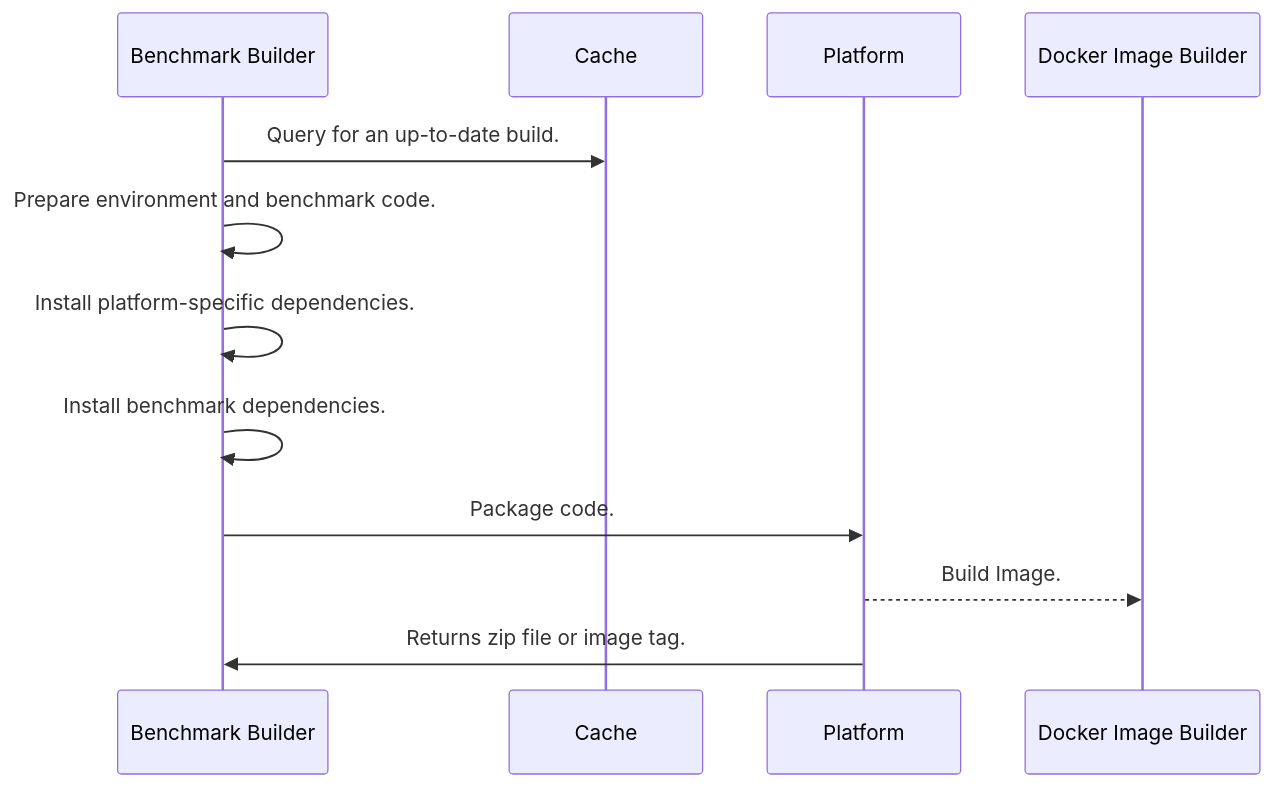
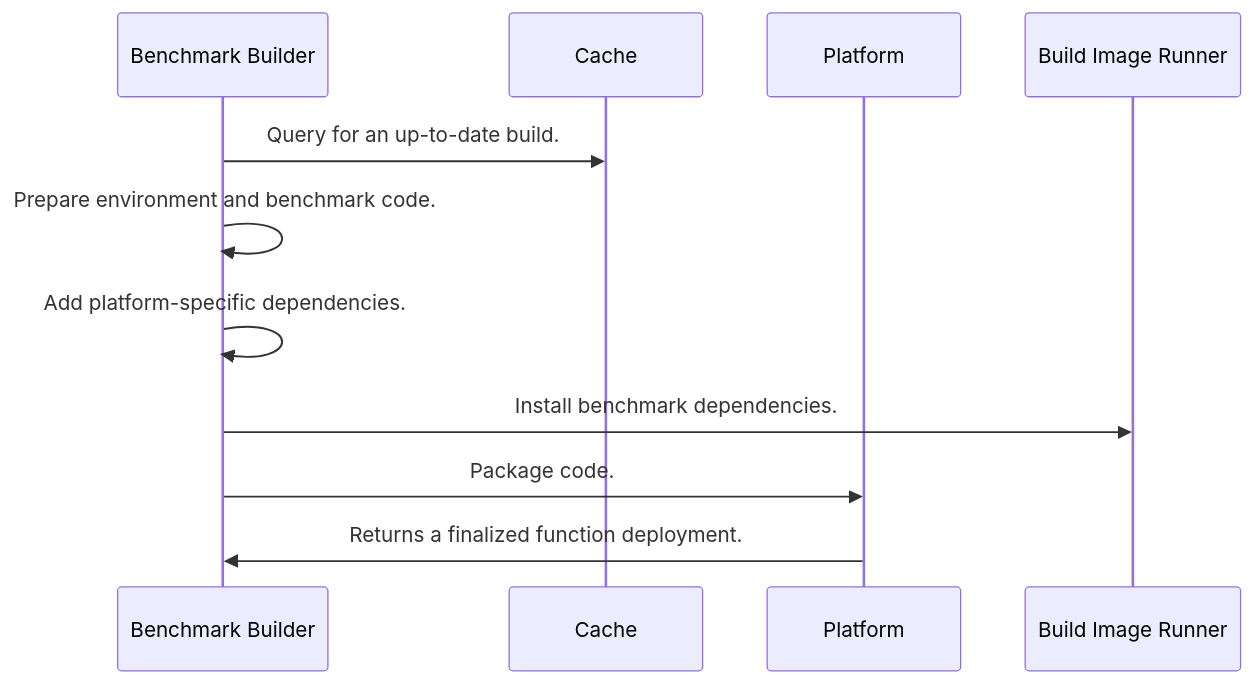
One commit to spcl/serverless-benchmarks changed the first of 2 diagrams in docs/build.md. Above: the diagram before and after it, drawn with Mermaid. The commit also changed other lines of this file, not shown here.

Commit message:
Revise build documentation for clarity and detail

````diff
--- a/docs/build.md
+++ b/docs/build.md
@@ -8,14 +10,13 @@
 ```mermaid
 sequenceDiagram
     participant Benchmark Builder
     participant Cache
     participant Platform
-    participant Docker Image Builder
+    participant Build Image Runner
     Benchmark Builder->>Cache: Query for an up-to-date build.
     Benchmark Builder->>Benchmark Builder: Prepare environment and benchmark code.
-    Benchmark Builder->>Benchmark Builder: Install platform-specific dependencies.
-    Benchmark Builder->>Benchmark Builder: Install benchmark dependencies.
+    Benchmark Builder->>Benchmark Builder: Add platform-specific dependencies.
+    Benchmark Builder->>Build Image Runner: Install benchmark dependencies.
     Benchmark Builder->>Platform: Package code.
-    Platform-->>Docker Image Builder: Build Image.
-    Platform->>Benchmark Builder: Returns zip file or image tag.
+    Platform->>Benchmark Builder: Returns a finalized function deployment.
 ```
````
